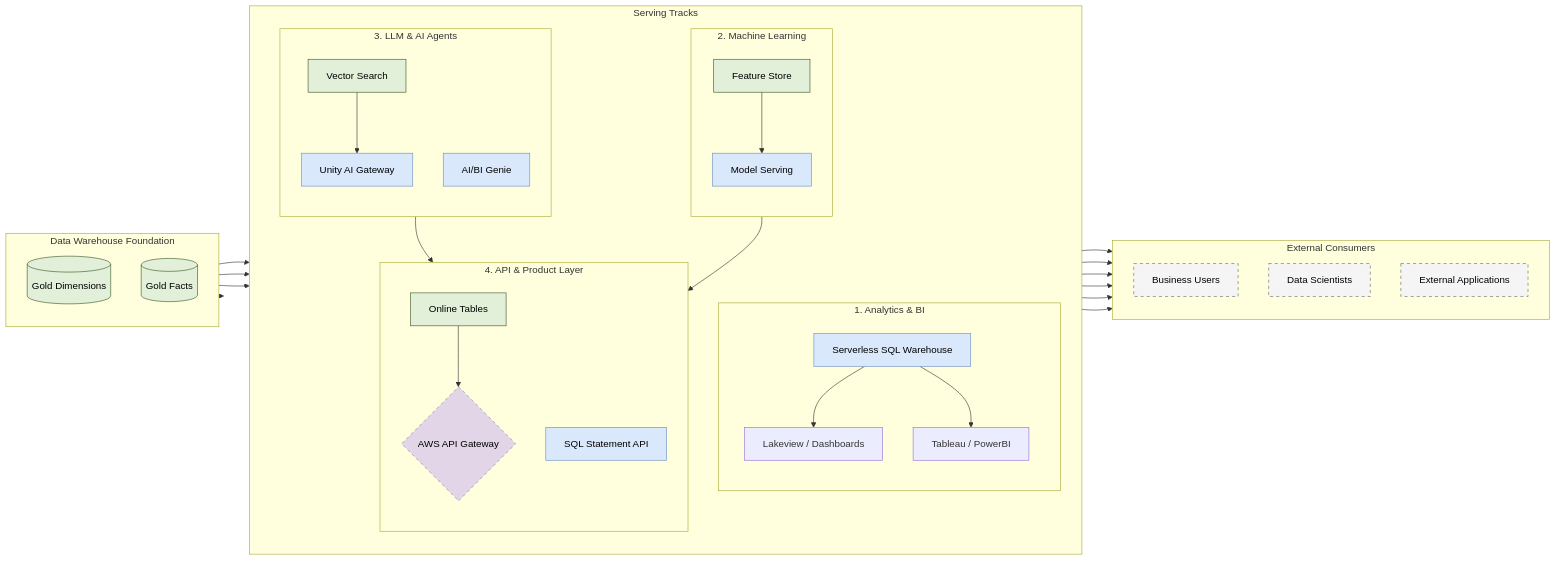
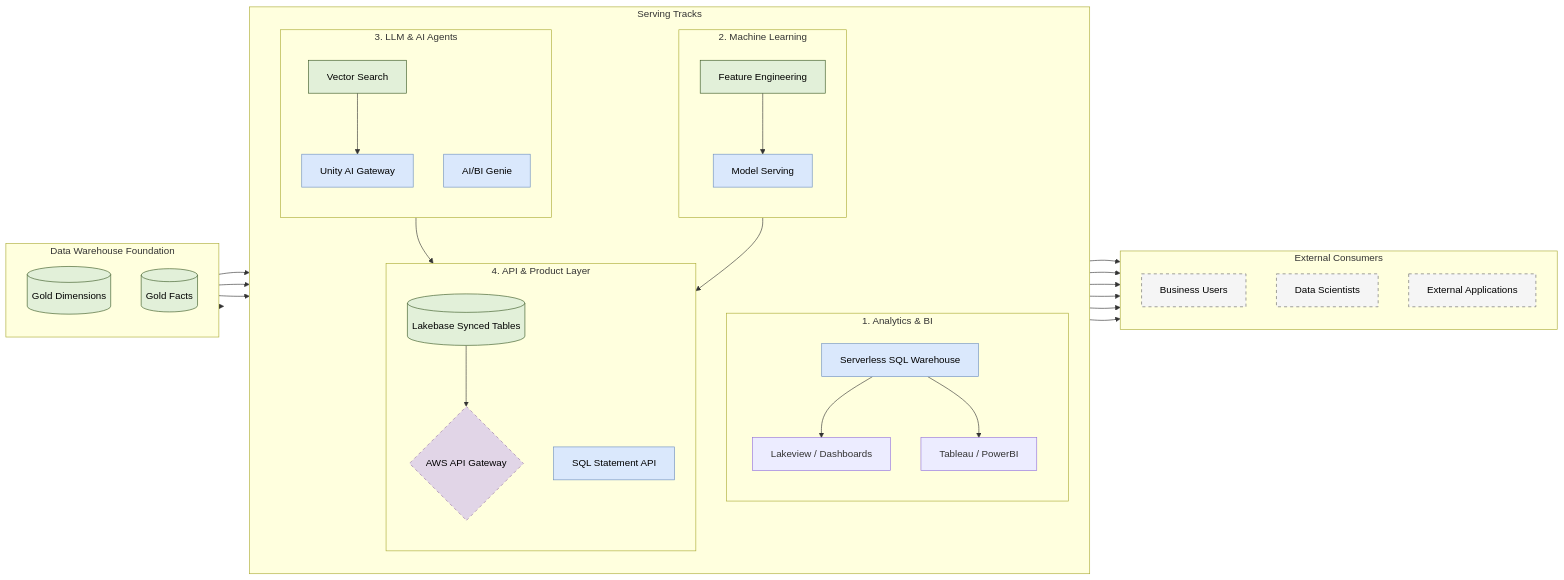
Before and after one commit to toanbui626391/data_architect: the diagram in databricks/serving_architecture.md, drawn with Mermaid. The commit also changed other lines of this file, not shown here.

````diff
--- a/databricks/serving_architecture.md
+++ b/databricks/serving_architecture.md
@@ -22,76 +22,76 @@
 ```mermaid
 flowchart LR
     subgraph Foundation [Data Warehouse Foundation]
         direction TB
         GoldDim[(Gold Dimensions)]
         GoldFact[(Gold Facts)]
     end
 
     subgraph Tracks [Serving Tracks]
         direction TB
 
         subgraph Analytics [1. Analytics & BI]
             direction TB
             SQLWH[Serverless SQL Warehouse]
             Lakeview[Lakeview / Dashboards]
             ExtBI[Tableau / PowerBI]
             SQLWH --> Lakeview & ExtBI
         end
 
         subgraph ML [2. Machine Learning]
             direction TB
-            FeatureStore[Feature Store]
+            FeatureStore[Feature Engineering]
             ModelServing[Model Serving]
             FeatureStore --> ModelServing
         end
 
         subgraph AI [3. LLM & AI Agents]
             direction TB
             VectorSearch[Vector Search]
             UnityAIGW[Unity AI Gateway]
             Genie[AI/BI Genie]
             VectorSearch --> UnityAIGW
         end
 
         subgraph APILayer [4. API & Product Layer]
             direction TB
-            OnlineTables[Online Tables]
+            Lakebase[(Lakebase Synced Tables)]
             SQLAPI[SQL Statement API]
             AWSAPIGW{AWS API Gateway}
-            OnlineTables --> AWSAPIGW
+            Lakebase --> AWSAPIGW
         end
     end
 
     subgraph Consumers [External Consumers]
         direction TB
         BizUsers[Business Users]
         DataSci[Data Scientists]
         ExtApps[External Applications]
     end
 
     %% Main Data Flows
     Foundation --> Analytics
     Foundation --> ML
     Foundation --> AI
     Foundation --> APILayer
 
     %% Specific Integration Flows
     ModelServing --> AWSAPIGW
     UnityAIGW --> AWSAPIGW
 
     %% Consumer Access
     Lakeview & ExtBI & Genie --> BizUsers
     AWSAPIGW & SQLAPI --> ExtApps
     ModelServing --> DataSci
 
     %% Class Definitions
     classDef storage fill:#e2f0d9,stroke:#385723,stroke-width:1px,color:#000;
     classDef process fill:#dae8fc,stroke:#6c8ebf,stroke-width:1px,color:#000;
     classDef monitor fill:#f5f5f5,stroke:#666,stroke-width:1px,color:#000,stroke-dasharray: 5 5;
     classDef security fill:#e1d5e7,stroke:#9673a6,stroke-width:1px,color:#000,stroke-dasharray: 5 5;
 
-    class GoldDim,GoldFact,FeatureStore,VectorSearch,OnlineTables storage;
+    class GoldDim,GoldFact,FeatureStore,VectorSearch,Lakebase storage;
     class SQLWH,ModelServing,UnityAIGW,Genie,SQLAPI process;
     class AWSAPIGW security;
     class BizUsers,DataSci,ExtApps monitor;
 ```
````
